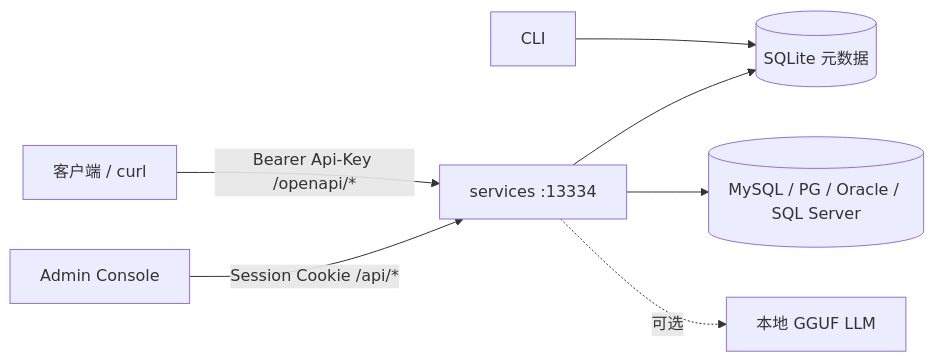
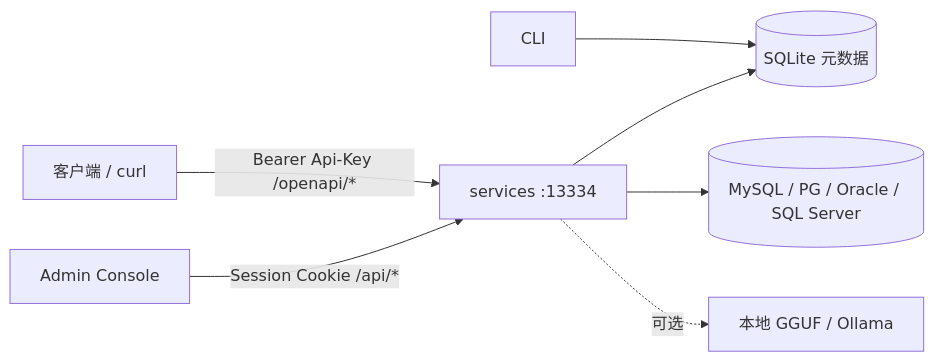
One commit to AxiosLeo/sql2api changed the diagram in README.zh-CN.md. Above: the diagram before and after it, drawn with Mermaid. The commit also changed other lines of this file and 1 other file, not shown here.

````diff
--- a/README.zh-CN.md
+++ b/README.zh-CN.md
@@ -35,17 +46,17 @@
 ```mermaid
 flowchart LR
   Client[客户端 / curl]
   Admin[Admin Console]
   CLI[CLI]
   API[services :13334]
   Meta[(SQLite 元数据)]
   DB[(MySQL / PG / Oracle / SQL Server)]
-  LLM[本地 GGUF LLM]
+  LLM[本地 GGUF / Ollama]
 
   Client -->|"Bearer Api-Key /openapi/*"| API
   Admin -->|"Session Cookie /api/*"| API
   CLI --> Meta
   API --> Meta
   API --> DB
   API -.->|可选| LLM
 ```
````
